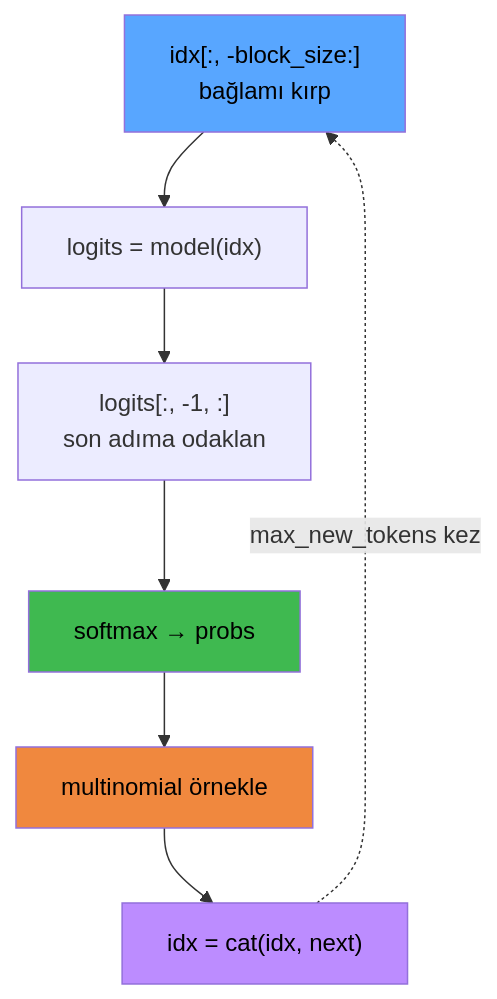
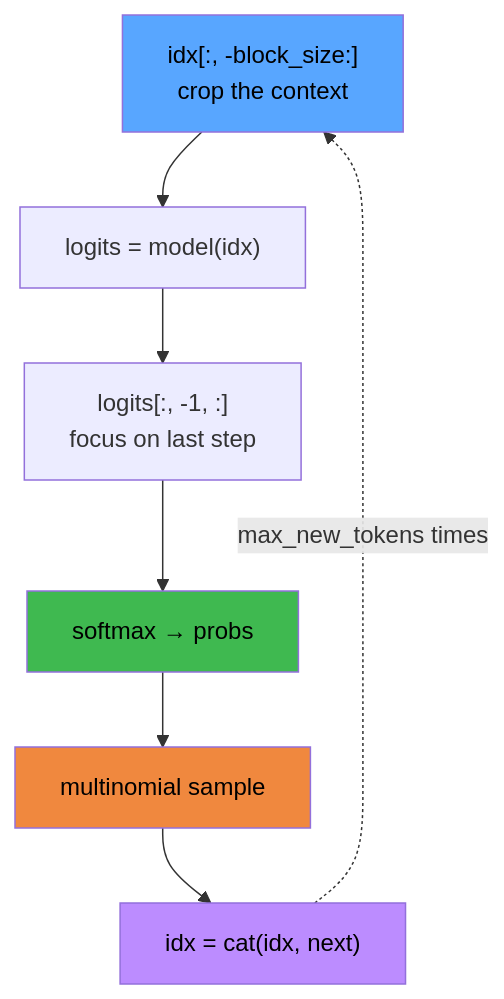
One commit to gocenalper/nano-gpt changed the sixth of 6 diagrams in README.md. Above: the diagram before and after it, drawn with Mermaid. The commit also changed other lines of this file and 3 other files, not shown here.

````diff
--- a/README.md
+++ b/README.md
@@ -283,14 +283,14 @@
 ```mermaid
 flowchart TD
-    A["idx[:, -block_size:]<br/>bağlamı kırp"] --> B["logits = model(idx)"]
-    B --> C["logits[:, -1, :]<br/>son adıma odaklan"]
+    A["idx[:, -block_size:]<br/>crop the context"] --> B["logits = model(idx)"]
+    B --> C["logits[:, -1, :]<br/>focus on last step"]
     C --> D["softmax → probs"]
-    D --> E["multinomial örnekle"]
+    D --> E["multinomial sample"]
     E --> F["idx = cat(idx, next)"]
-    F -. max_new_tokens kez .-> A
+    F -. max_new_tokens times .-> A
 
     style A fill:#58a6ff,color:#000
     style D fill:#3fb950,color:#000
     style E fill:#f0883e,color:#000
     style F fill:#bc8cff,color:#000
 ```
````
